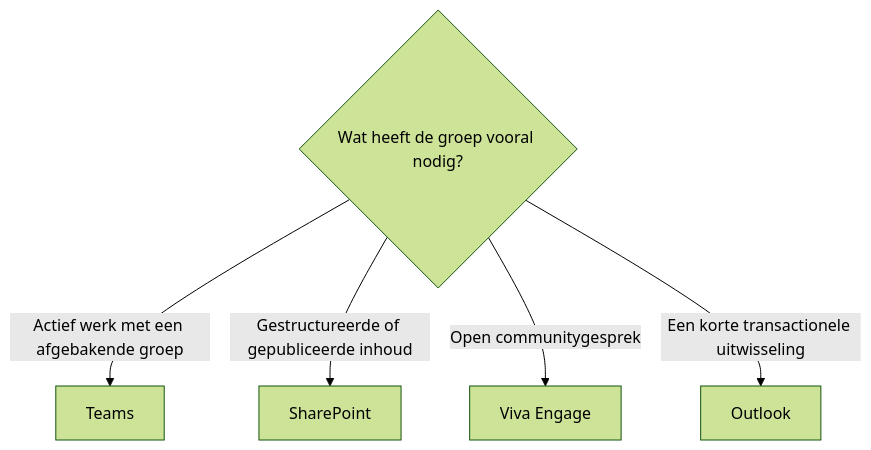
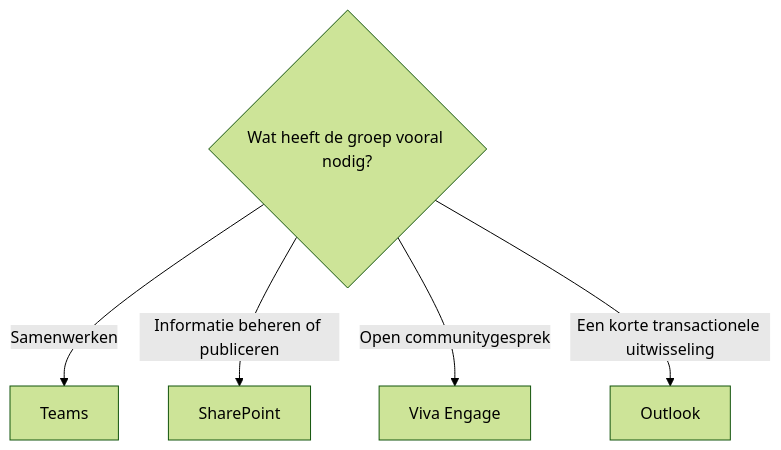
One commit to DwayneSelsig/M365wizard changed the diagram in i18n/nl/docusaurus-plugin-content-docs/current/decisions/which-collaboration-tool-should-i-use.md. Above: the diagram before and after it, drawn with Mermaid (forest theme). The commit also changed other lines of this file and 24 other files, not shown here.

````diff
--- a/i18n/nl/docusaurus-plugin-content-docs/current/decisions/which-collaboration-tool-should-i-use.md
+++ b/i18n/nl/docusaurus-plugin-content-docs/current/decisions/which-collaboration-tool-should-i-use.md
@@ -22,8 +22,8 @@
 ```mermaid
 flowchart TD
     Start{Wat heeft de groep vooral nodig?}
-    Start -->|Actief werk met een afgebakende groep| Teams[Teams]
-    Start -->|Gestructureerde of gepubliceerde inhoud| SharePoint[SharePoint]
+    Start -->|Samenwerken| Teams[Teams]
+    Start -->|Informatie beheren of publiceren| SharePoint[SharePoint]
     Start -->|Open communitygesprek| VivaEngage[Viva Engage]
     Start -->|Een korte transactionele uitwisseling| Outlook[Outlook]
 ```
````
